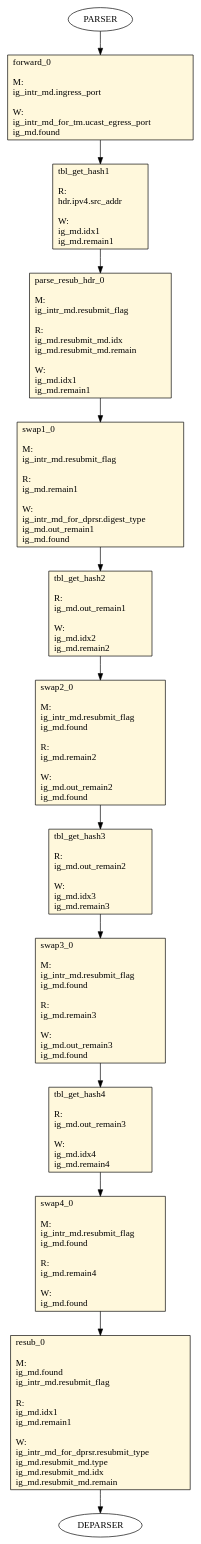
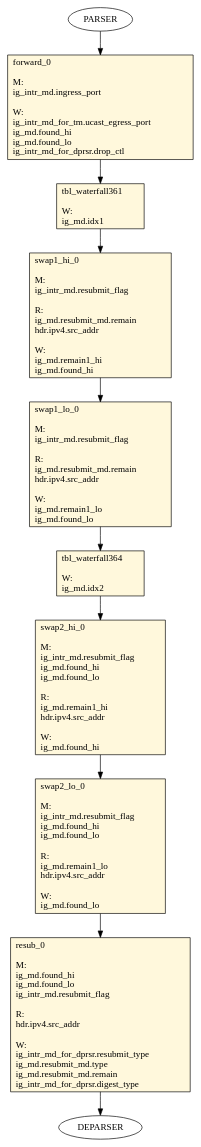
Before and after one commit to joepboumans/waterfall-table: the diagram in waterfall-fcm-srctuple/waterfall_fcm/tofino/pipe/graphs/0_table_flow_graph_ingress.dot, drawn with Graphviz. The commit also changed 42 other files, not shown here.

```diff
--- a/waterfall-fcm-srctuple/waterfall_fcm/tofino/pipe/graphs/0_table_flow_graph_ingress.dot
+++ b/waterfall-fcm-srctuple/waterfall_fcm/tofino/pipe/graphs/0_table_flow_graph_ingress.dot
@@ -1,111 +1,83 @@
 digraph ingress {
 forward_0 [ shape=record, style="filled", fillcolor=cornsilk, label="forward_0\l\l
 M:\l
  ig_intr_md.ingress_port\l
 \lW:\l
  ig_intr_md_for_tm.ucast_egress_port\l
- ig_md.found\l
+ ig_md.found_hi\l
+ ig_md.found_lo\l
+ ig_intr_md_for_dprsr.drop_ctl\l
  "];
-tbl_get_hash1 [ shape=record, style="filled", fillcolor=cornsilk, label="tbl_get_hash1\l\l
-R:\l
- hdr.ipv4.src_addr\l
-\lW:\l
+tbl_waterfall361 [ shape=record, style="filled", fillcolor=cornsilk, label="tbl_waterfall361\l\l
+W:\l
  ig_md.idx1\l
- ig_md.remain1\l
  "];
-parse_resub_hdr_0 [ shape=record, style="filled", fillcolor=cornsilk, label="parse_resub_hdr_0\l\l
+swap1_hi_0 [ shape=record, style="filled", fillcolor=cornsilk, label="swap1_hi_0\l\l
 M:\l
  ig_intr_md.resubmit_flag\l
 \lR:\l
- ig_md.resubmit_md.idx\l
  ig_md.resubmit_md.remain\l
+ hdr.ipv4.src_addr\l
 \lW:\l
- ig_md.idx1\l
- ig_md.remain1\l
+ ig_md.remain1_hi\l
+ ig_md.found_hi\l
  "];
-swap1_0 [ shape=record, style="filled", fillcolor=cornsilk, label="swap1_0\l\l
+swap1_lo_0 [ shape=record, style="filled", fillcolor=cornsilk, label="swap1_lo_0\l\l
 M:\l
  ig_intr_md.resubmit_flag\l
 \lR:\l
- ig_md.remain1\l
+ ig_md.resubmit_md.remain\l
+ hdr.ipv4.src_addr\l
 \lW:\l
- ig_intr_md_for_dprsr.digest_type\l
- ig_md.out_remain1\l
- ig_md.found\l
+ ig_md.remain1_lo\l
+ ig_md.found_lo\l
  "];
-tbl_get_hash2 [ shape=record, style="filled", fillcolor=cornsilk, label="tbl_get_hash2\l\l
-R:\l
- ig_md.out_remain1\l
-\lW:\l
+tbl_waterfall364 [ shape=record, style="filled", fillcolor=cornsilk, label="tbl_waterfall364\l\l
+W:\l
  ig_md.idx2\l
- ig_md.remain2\l
  "];
-swap2_0 [ shape=record, style="filled", fillcolor=cornsilk, label="swap2_0\l\l
+swap2_hi_0 [ shape=record, style="filled", fillcolor=cornsilk, label="swap2_hi_0\l\l
 M:\l
  ig_intr_md.resubmit_flag\l
- ig_md.found\l
+ ig_md.found_hi\l
+ ig_md.found_lo\l
 \lR:\l
- ig_md.remain2\l
+ ig_md.remain1_hi\l
+ hdr.ipv4.src_addr\l
 \lW:\l
- ig_md.out_remain2\l
- ig_md.found\l
+ ig_md.found_hi\l
  "];
-tbl_get_hash3 [ shape=record, style="filled", fillcolor=cornsilk, label="tbl_get_hash3\l\l
-R:\l
- ig_md.out_remain2\l
-\lW:\l
- ig_md.idx3\l
- ig_md.remain3\l
- "];
-swap3_0 [ shape=record, style="filled", fillcolor=cornsilk, label="swap3_0\l\l
+swap2_lo_0 [ shape=record, style="filled", fillcolor=cornsilk, label="swap2_lo_0\l\l
 M:\l
  ig_intr_md.resubmit_flag\l
- ig_md.found\l
+ ig_md.found_hi\l
+ ig_md.found_lo\l
 \lR:\l
- ig_md.remain3\l
+ ig_md.remain1_lo\l
+ hdr.ipv4.src_addr\l
 \lW:\l
- ig_md.out_remain3\l
- ig_md.found\l
- "];
-tbl_get_hash4 [ shape=record, style="filled", fillcolor=cornsilk, label="tbl_get_hash4\l\l
-R:\l
- ig_md.out_remain3\l
-\lW:\l
- ig_md.idx4\l
- ig_md.remain4\l
- "];
-swap4_0 [ shape=record, style="filled", fillcolor=cornsilk, label="swap4_0\l\l
-M:\l
- ig_intr_md.resubmit_flag\l
- ig_md.found\l
-\lR:\l
- ig_md.remain4\l
-\lW:\l
- ig_md.found\l
+ ig_md.found_lo\l
  "];
 resub_0 [ shape=record, style="filled", fillcolor=cornsilk, label="resub_0\l\l
 M:\l
- ig_md.found\l
+ ig_md.found_hi\l
+ ig_md.found_lo\l
  ig_intr_md.resubmit_flag\l
 \lR:\l
- ig_md.idx1\l
- ig_md.remain1\l
+ hdr.ipv4.src_addr\l
 \lW:\l
  ig_intr_md_for_dprsr.resubmit_type\l
  ig_md.resubmit_md.type\l
- ig_md.resubmit_md.idx\l
  ig_md.resubmit_md.remain\l
+ ig_intr_md_for_dprsr.digest_type\l
  "];
     PARSER -> forward_0
-    forward_0 -> tbl_get_hash1
-    tbl_get_hash1 -> parse_resub_hdr_0
-    parse_resub_hdr_0 -> swap1_0
-    swap1_0 -> tbl_get_hash2
-    tbl_get_hash2 -> swap2_0
-    swap2_0 -> tbl_get_hash3
-    tbl_get_hash3 -> swap3_0
-    swap3_0 -> tbl_get_hash4
-    tbl_get_hash4 -> swap4_0
-    swap4_0 -> resub_0
+    forward_0 -> tbl_waterfall361
+    tbl_waterfall361 -> swap1_hi_0
+    swap1_hi_0 -> swap1_lo_0
+    swap1_lo_0 -> tbl_waterfall364
+    tbl_waterfall364 -> swap2_hi_0
+    swap2_hi_0 -> swap2_lo_0
+    swap2_lo_0 -> resub_0
     resub_0 -> DEPARSER
 }
```
